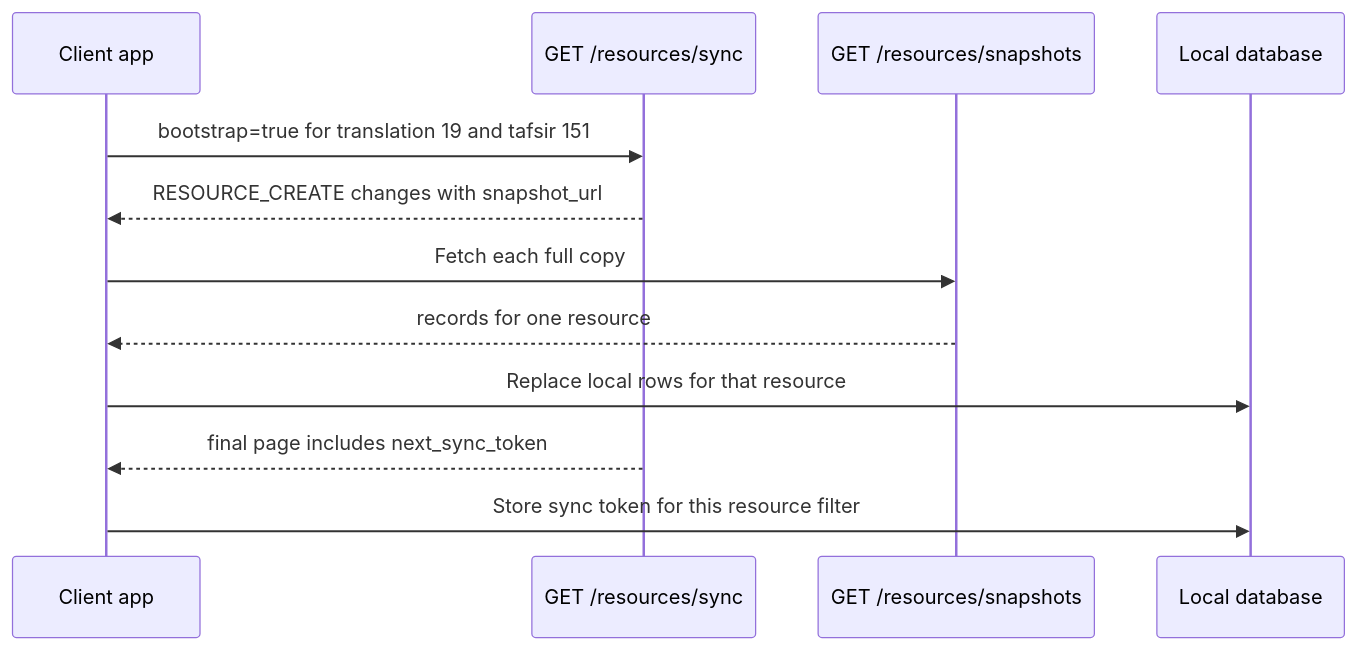
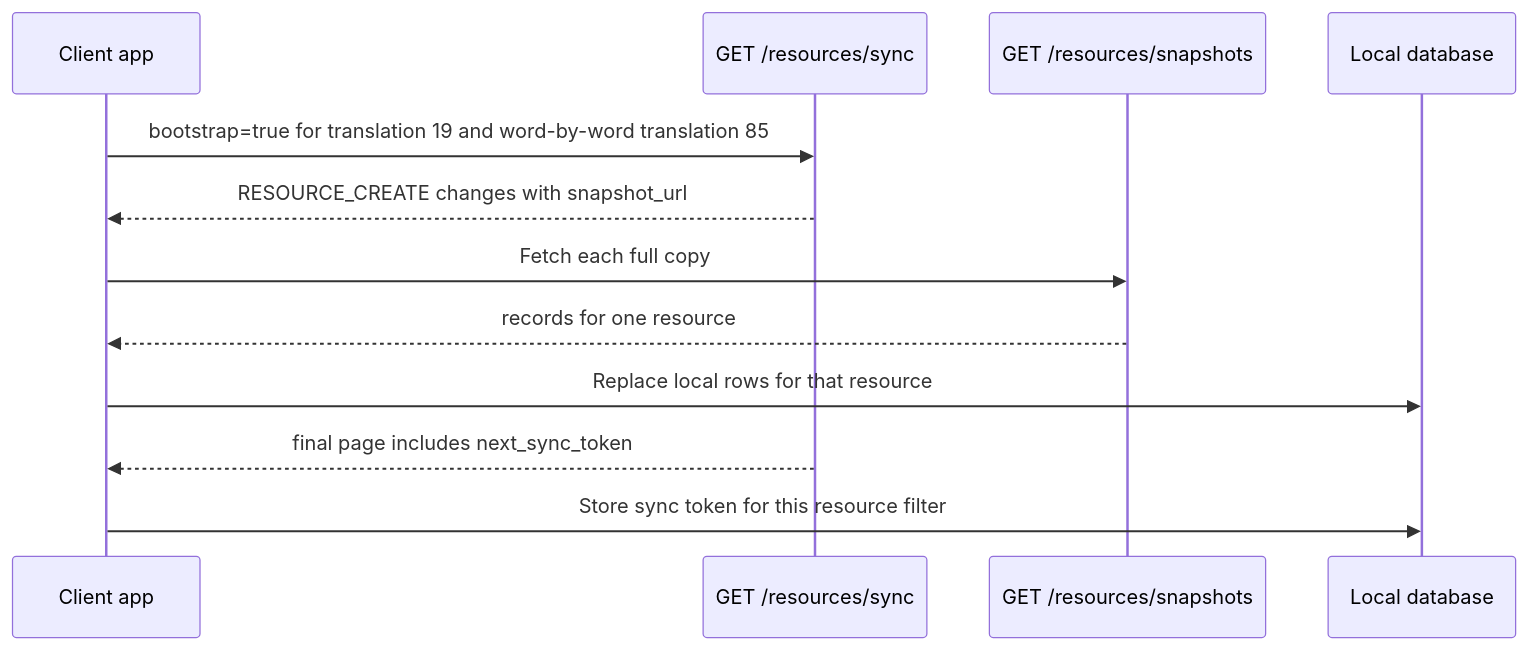
One commit to quran/qf-api-docs changed the first of 2 diagrams in docs/tutorials/content-sync/getting-started.mdx. Above: the diagram before and after it, drawn with Mermaid. The commit also changed other lines of this file and 12 other files, not shown here.

Commit message:
Document word-by-word content sync

````diff
--- a/docs/tutorials/content-sync/getting-started.mdx
+++ b/docs/tutorials/content-sync/getting-started.mdx
@@ -54,15 +57,15 @@
 ```mermaid
 sequenceDiagram
     participant App as Client app
     participant Sync as GET /resources/sync
     participant Snapshot as GET /resources/snapshots
     participant DB as Local database
 
-    App->>Sync: bootstrap=true for translation 19 and tafsir 151
+    App->>Sync: bootstrap=true for translation 19 and word-by-word translation 85
     Sync-->>App: RESOURCE_CREATE changes with snapshot_url
     App->>Snapshot: Fetch each full copy
     Snapshot-->>App: records for one resource
     App->>DB: Replace local rows for that resource
     Sync-->>App: final page includes next_sync_token
     App->>DB: Store sync token for this resource filter
 ```
````
